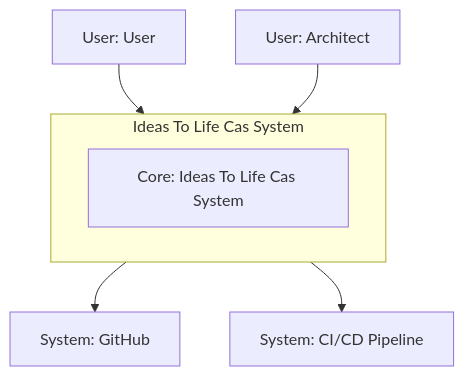
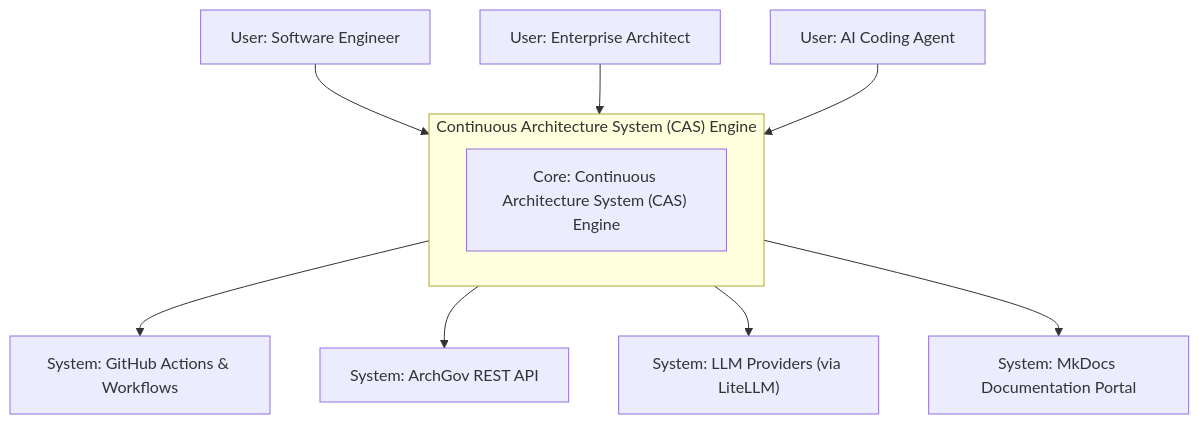
The diagram in projects/ideas-to-life-cas/architecture-state/diagrams/system-context.mmd (cas-governance-portal/cas-governance-portal.github.io), drawn with Mermaid before and after one commit. The commit also changed 35 other files, not shown here.

Commit message:
deploy: ideas-to-life/ideas-to-life-cas@b27964529c842ffedd2882236c0712c2127a5854

```diff
--- a/projects/ideas-to-life-cas/architecture-state/diagrams/system-context.mmd
+++ b/projects/ideas-to-life-cas/architecture-state/diagrams/system-context.mmd
@@ -1,12 +1,18 @@
 flowchart TD
-    subgraph SysBoundary["Ideas To Life Cas System"]
-        CoreSys["Core: Ideas To Life Cas System"]
+    subgraph SysBoundary["Continuous Architecture System (CAS) Engine"]
+        CoreSys["Core: Continuous Architecture System (CAS) Engine"]
     end
-    Actor0["User: User"]
-    Actor1["User: Architect"]
-    ExtSys0["System: GitHub"]
-    ExtSys1["System: CI/CD Pipeline"]
+    Actor0["User: Software Engineer"]
+    Actor1["User: Enterprise Architect"]
+    Actor2["User: AI Coding Agent"]
+    ExtSys0["System: GitHub Actions & Workflows"]
+    ExtSys1["System: ArchGov REST API"]
+    ExtSys2["System: LLM Providers (via LiteLLM)"]
+    ExtSys3["System: MkDocs Documentation Portal"]
     Actor0 --> SysBoundary
     Actor1 --> SysBoundary
+    Actor2 --> SysBoundary
     SysBoundary --> ExtSys0
     SysBoundary --> ExtSys1
+    SysBoundary --> ExtSys2
+    SysBoundary --> ExtSys3
```
